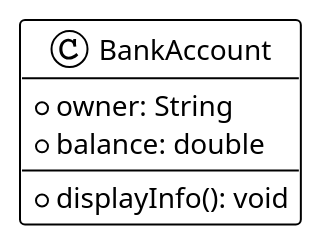
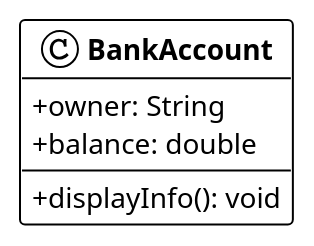
Before and after one commit to heig-vd-progim-course/heig-vd-progim2-course: the diagram in 01-contenus-du-cours/05-programmation-orientee-objet-encapsulation-et-heritage/images/bankaccount-public.puml, drawn with PlantUML. The commit also changed 89 other files, not shown here.

Commit message:
Enhance UML diagrams for vehicles without inheritance

```diff
--- a/01-contenus-du-cours/05-programmation-orientee-objet-encapsulation-et-heritage/images/bankaccount-public.puml
+++ b/01-contenus-du-cours/05-programmation-orientee-objet-encapsulation-et-heritage/images/bankaccount-public.puml
@@ -1,11 +1,16 @@
-@startuml
+@startuml bankaccount-public
 !theme plain
+
+skinparam classAttributeIconSize 0
+skinparam classFontStyle bold
 
 class BankAccount {
   + owner: String
   + balance: double
   --
   + displayInfo(): void
 }
 
+
+
 @enduml
```
